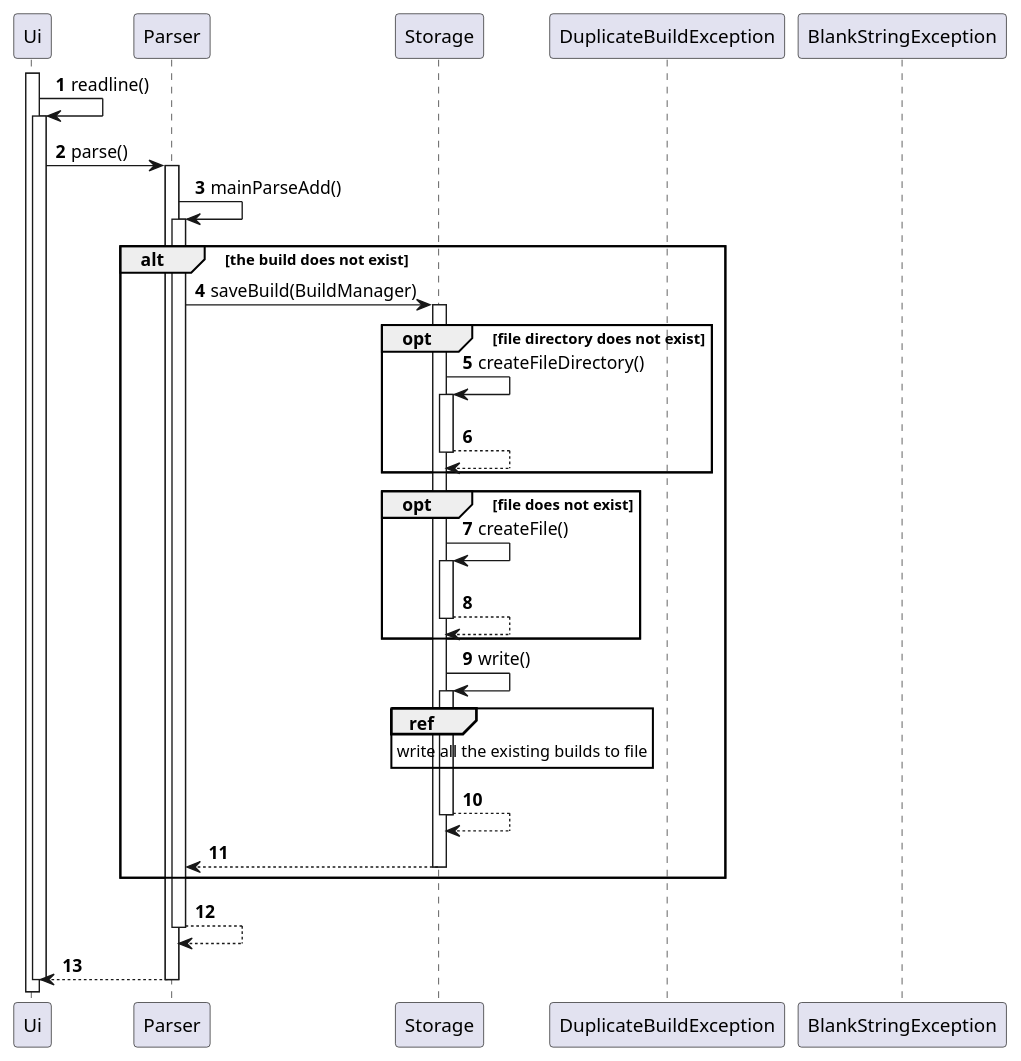
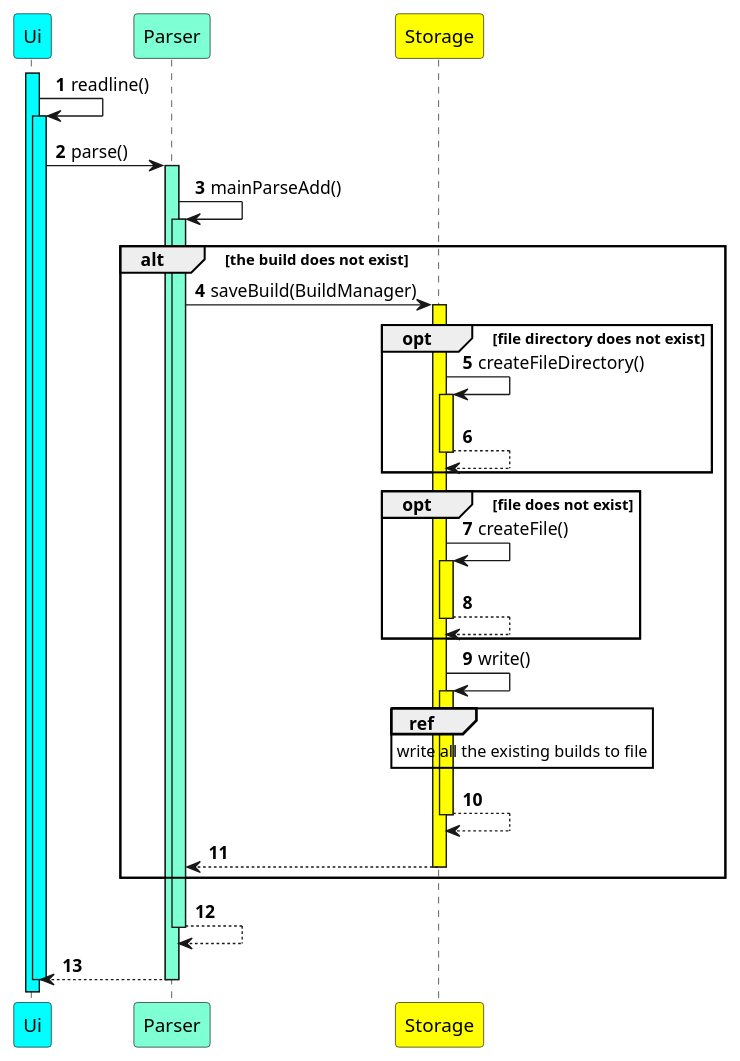
Before and after one commit to nus-cs2113-AY2223S1/tp: the diagram in docs/puml/StorageSaveBuildSequence.puml, drawn with PlantUML. The commit also changed 6 other files, not shown here.

```diff
--- a/docs/puml/StorageSaveBuildSequence.puml
+++ b/docs/puml/StorageSaveBuildSequence.puml
@@ -1,46 +1,44 @@
 @startuml
 'https://plantuml.com/sequence-diagram
 
 autonumber
-Participant "Ui" as Ui
-Participant "Parser" as parser
-Participant "Storage" as Storage
-Participant "DuplicateBuildException" as DuplicateBuildException
-Participant "BlankStringException" as BlankStringException
+Participant "Ui" as Ui #Aqua
+Participant "Parser" as parser #AquaMarine
+Participant "Storage" as Storage #Yellow
 
-activate Ui
+activate Ui #Aqua
 Ui -> Ui: readline()
-activate Ui
+activate Ui #Aqua
 Ui -> parser: parse()
-activate parser
+activate parser #AquaMarine
 parser -> parser : mainParseAdd()
-activate parser
+activate parser #AquaMarine
 
 alt the build does not exist
     parser -> Storage: saveBuild(BuildManager)
-    activate Storage
+    activate Storage #Yellow
     opt file directory does not exist
         Storage -> Storage: createFileDirectory()
-        activate Storage
+        activate Storage #Yellow
         return
     end
     opt file does not exist
         Storage -> Storage: createFile()
-        activate Storage
+        activate Storage #Yellow
         return
     end
     Storage -> Storage: write()
-    activate Storage
+    activate Storage #Yellow
     ref over Storage: write all the existing builds to file
     return
     return
 end
 
 return
 return
 
 deactivate Ui
 
 
 
 @enduml
```
